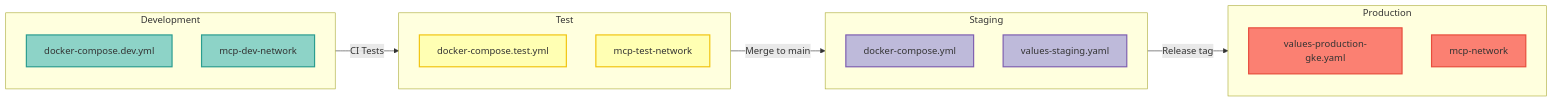
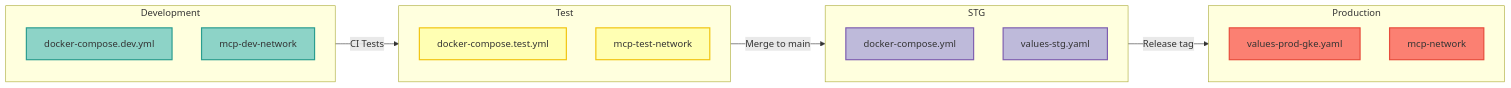
Before and after one commit to vishnu2kmohan/mcp-server-langgraph: the diagram in docs/deployment/environments.mdx, drawn with Mermaid. The commit also changed other lines of this file and 500 other files, not shown here.

First line of the commit message:
refactor(infra): standardize environment naming to dev/stg/prod

````diff
--- a/docs/deployment/environments.mdx
+++ b/docs/deployment/environments.mdx
@@ -15,37 +15,37 @@
 ```mermaid
 flowchart LR
     subgraph Dev["Development"]
         DevDC["docker-compose.dev.yml"]
         DevNet["mcp-dev-network"]
     end
 
     subgraph Test["Test"]
         TestDC["docker-compose.test.yml"]
         TestNet["mcp-test-network"]
     end
 
-    subgraph Staging["Staging"]
+    subgraph STG["STG"]
         StageDC["docker-compose.yml"]
-        StageK8s["values-staging.yaml"]
+        StageK8s["values-stg.yaml"]
     end
 
     subgraph Prod["Production"]
-        ProdK8s["values-production-gke.yaml"]
+        ProdK8s["values-prod-gke.yaml"]
         ProdNet["mcp-network"]
     end
 
     Dev -->|"CI Tests"| Test
-    Test -->|"Merge to main"| Staging
-    Staging -->|"Release tag"| Prod
+    Test -->|"Merge to main"| STG
+    STG -->|"Release tag"| Prod
 
     %% ColorBrewer2 Set3 palette - each component type uniquely colored
     classDef devStyle fill:#8dd3c7,stroke:#2a9d8f,stroke-width:2px,color:#333
     classDef testStyle fill:#ffffb3,stroke:#f1c40f,stroke-width:2px,color:#333
     classDef stageStyle fill:#bebada,stroke:#7e5eb0,stroke-width:2px,color:#333
     classDef prodStyle fill:#fb8072,stroke:#e74c3c,stroke-width:2px,color:#333
 
     class DevDC,DevNet devStyle
     class TestDC,TestNet testStyle
     class StageDC,StageK8s stageStyle
     class ProdK8s,ProdNet prodStyle
 ```
````
